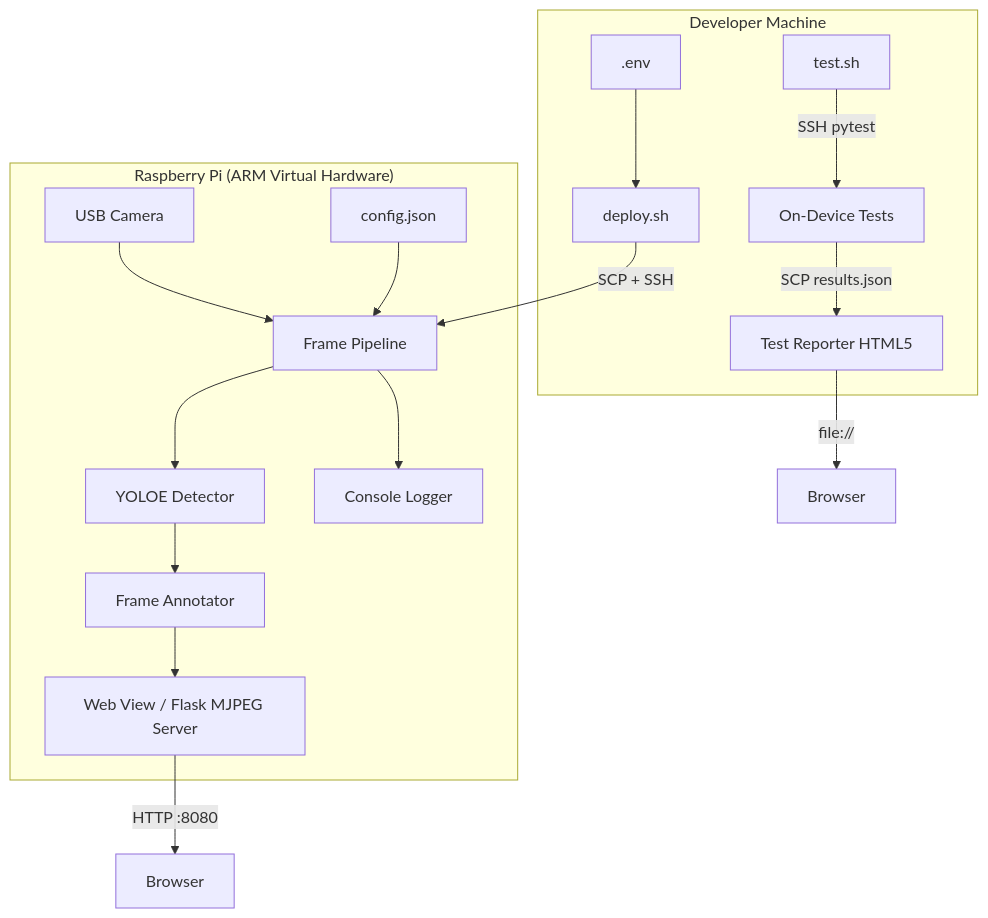
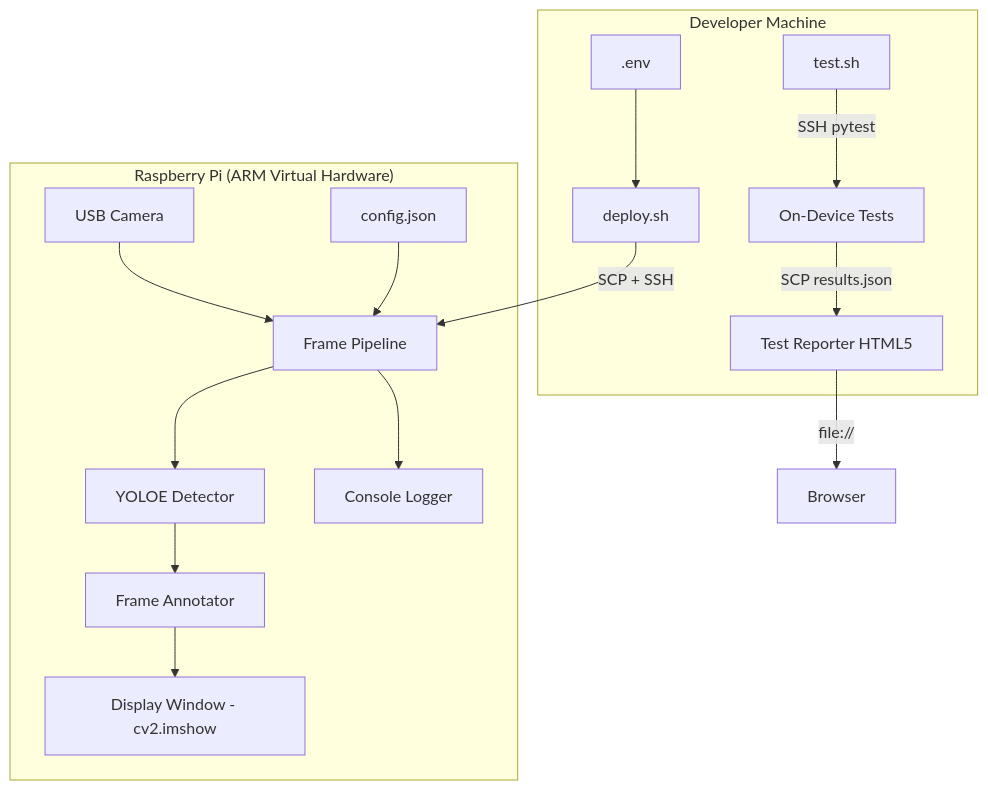
Before and after one commit to dhwalters423/kiro-virtualhardware-dev-demo: the diagram in .kiro/specs/pi-security-cam/design.md, drawn with Mermaid. The commit also changed other lines of this file and 15 other files, not shown here.

````diff
--- a/.kiro/specs/pi-security-cam/design.md
+++ b/.kiro/specs/pi-security-cam/design.md
@@ -19,21 +19,20 @@
 ```mermaid
 graph TB
     subgraph "Raspberry Pi (ARM Virtual Hardware)"
         CAM[USB Camera] --> FP[Frame Pipeline]
         FP --> DET[YOLOE Detector]
         DET --> ANN[Frame Annotator]
-        ANN --> WV[Web View / Flask MJPEG Server]
+        ANN --> DW[Display Window - cv2.imshow]
         CFG[config.json] --> FP
         FP --> LOG[Console Logger]
     end
 
     subgraph "Developer Machine"
         DEPLOY[deploy.sh] -->|SCP + SSH| FP
         ENV[.env] --> DEPLOY
         TEST_RUN[test.sh] -->|SSH pytest| PI_TEST[On-Device Tests]
         PI_TEST -->|SCP results.json| TR[Test Reporter HTML5]
     end
 
-    WV -->|HTTP :8080| BROWSER[Browser]
-    TR -->|file://| BROWSER2[Browser]
+    TR -->|file://| BROWSER[Browser]
 ```
````
